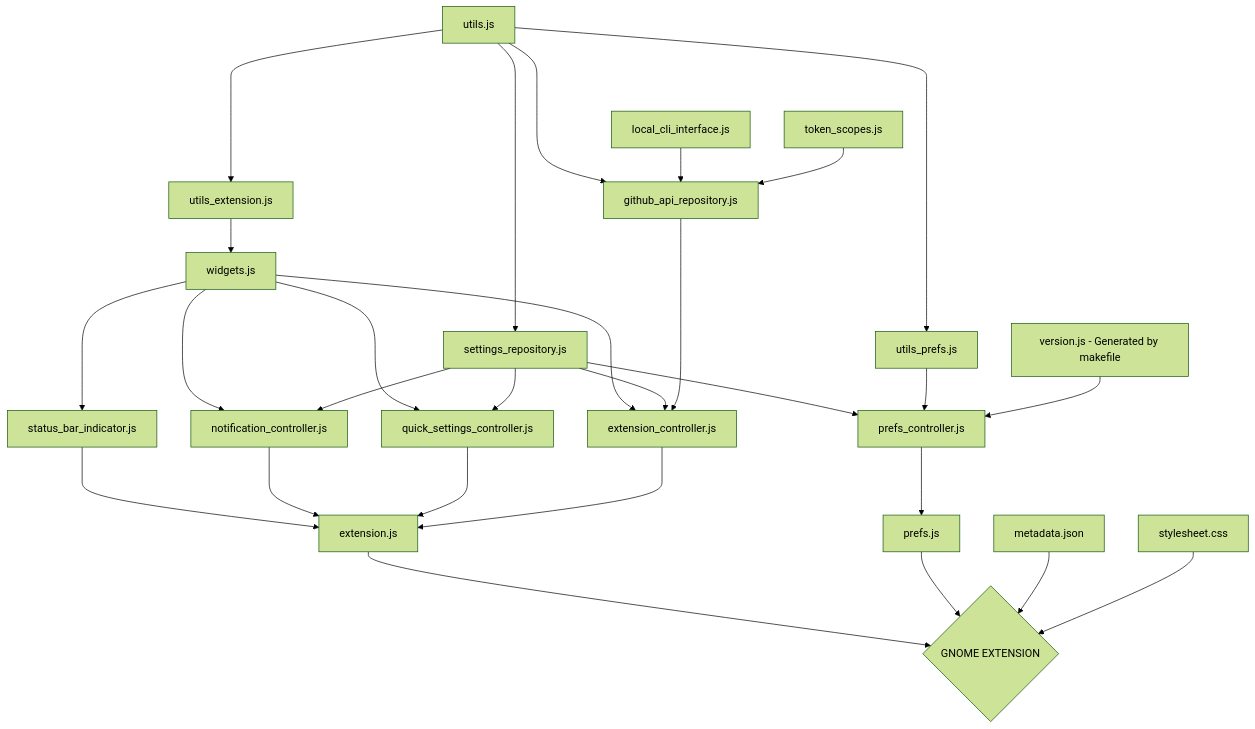
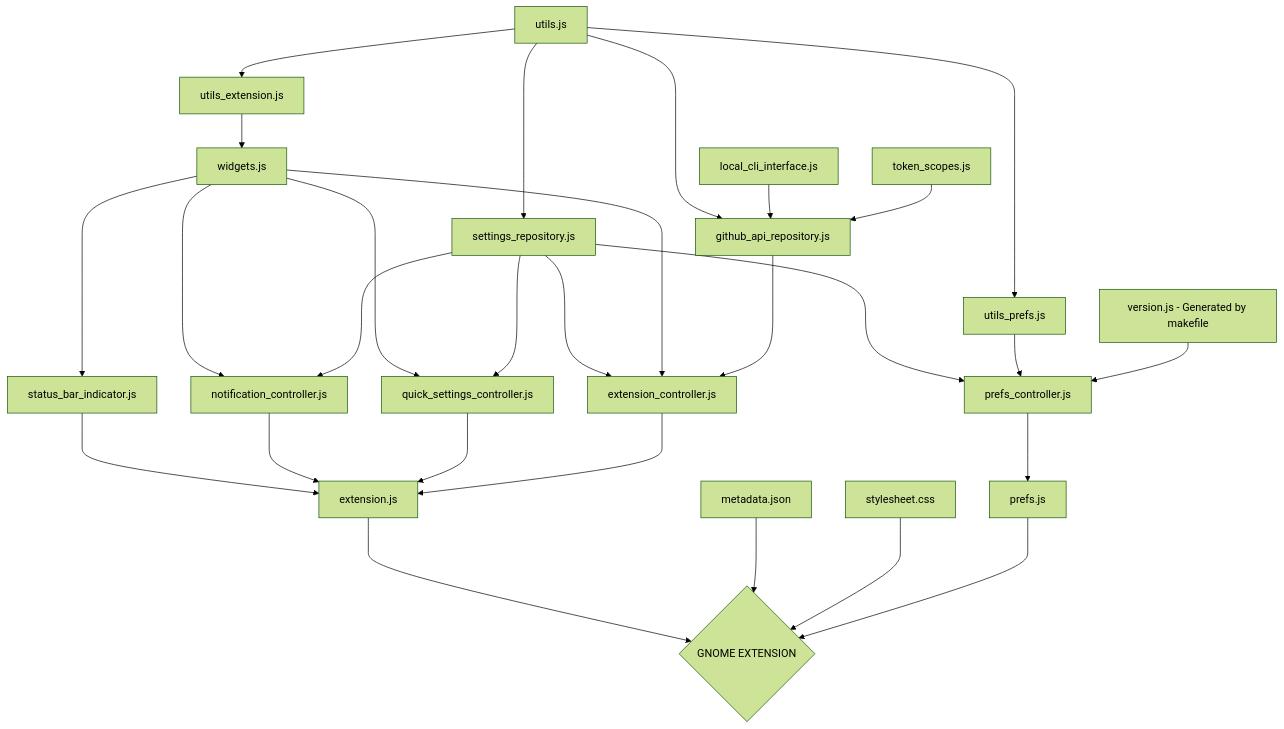
Before and after one commit to arononak/github-actions-gnome-extension: the diagram in README.md, drawn with Mermaid (forest theme).

````diff
--- a/README.md
+++ b/README.md
@@ -32,33 +32,33 @@
 ```mermaid
 graph TD;
-    utils.js---->utils_extension.js
-    utils.js---->github_api_repository.js
-    utils.js---->utils_prefs.js
-    utils.js---->settings_repository.js
+    utils.js-->utils_extension.js
+    utils.js-->github_api_repository.js
+    utils.js-->utils_prefs.js
+    utils.js-->settings_repository.js
     utils_extension.js-->widgets.js
-    widgets.js--->status_bar_indicator.js
-    widgets.js--->quick_settings_controller.js
-    widgets.js--->notification_controller.js
+    widgets.js---->status_bar_indicator.js
+    widgets.js---->quick_settings_controller.js
+    widgets.js---->notification_controller.js
+    settings_repository.js--->extension_controller.js
     widgets.js--->extension_controller.js
 
     local_cli_interface.js-->github_api_repository.js
     token_scopes.js-->github_api_repository.js
-    settings_repository.js-->extension_controller.js
-    github_api_repository.js---->extension_controller.js
-    settings_repository.js-->quick_settings_controller.js
-    settings_repository.js-->notification_controller.js
-    settings_repository.js-->prefs_controller.js
+    github_api_repository.js--->extension_controller.js
+    settings_repository.js--->quick_settings_controller.js
+    settings_repository.js--->notification_controller.js
+    settings_repository.js--->prefs_controller.js
     utils_prefs.js-->prefs_controller.js
 
     status_bar_indicator.js--->extension.js
     notification_controller.js--->extension.js
     quick_settings_controller.js--->extension.js
     extension_controller.js--->extension.js
     prefs_controller.js--->prefs.js
     version.js[version.js - Generated by makefile]-->prefs_controller.js
 
-    extension.js-->EXTENSION{GNOME EXTENSION}
-    prefs.js-->EXTENSION{GNOME EXTENSION}
-    metadata.json-->EXTENSION{GNOME EXTENSION}
-    stylesheet.css-->EXTENSION{GNOME EXTENSION}
+    extension.js--->EXTENSION{GNOME EXTENSION}
+    metadata.json--->EXTENSION{GNOME EXTENSION}
+    stylesheet.css--->EXTENSION{GNOME EXTENSION}
+    prefs.js--->EXTENSION{GNOME EXTENSION}
 ```
````
